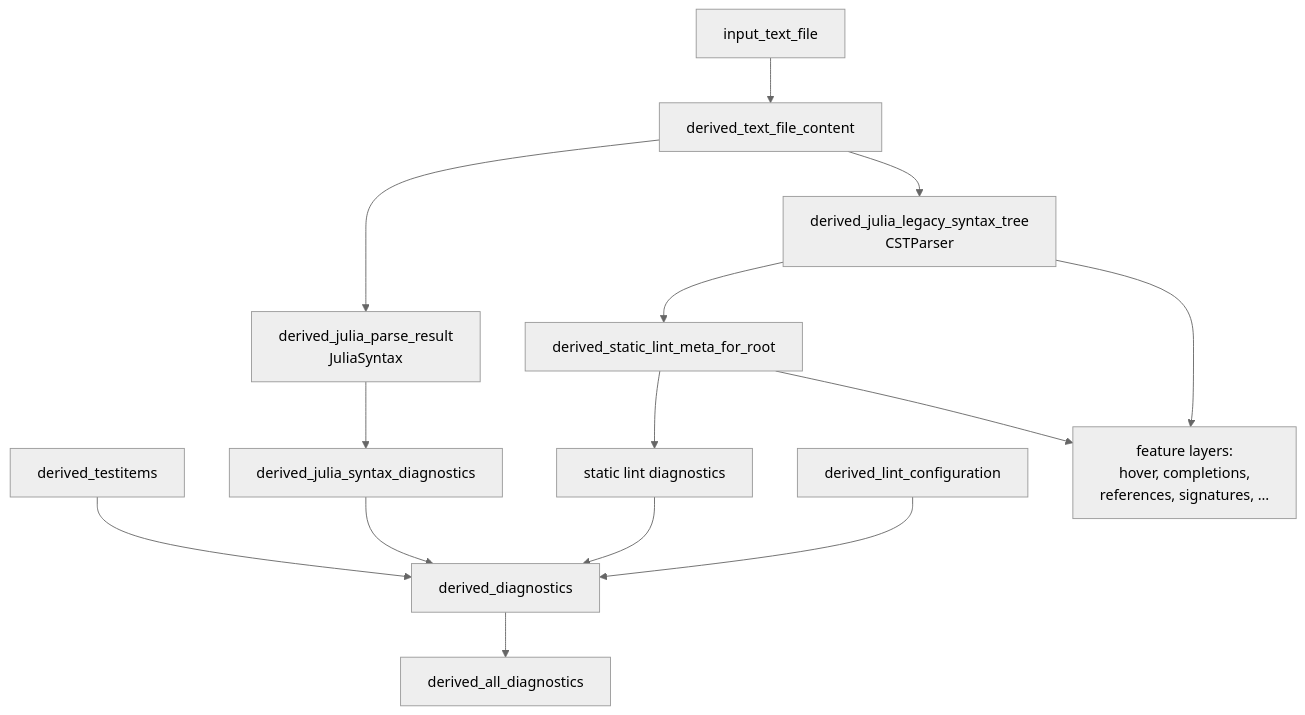
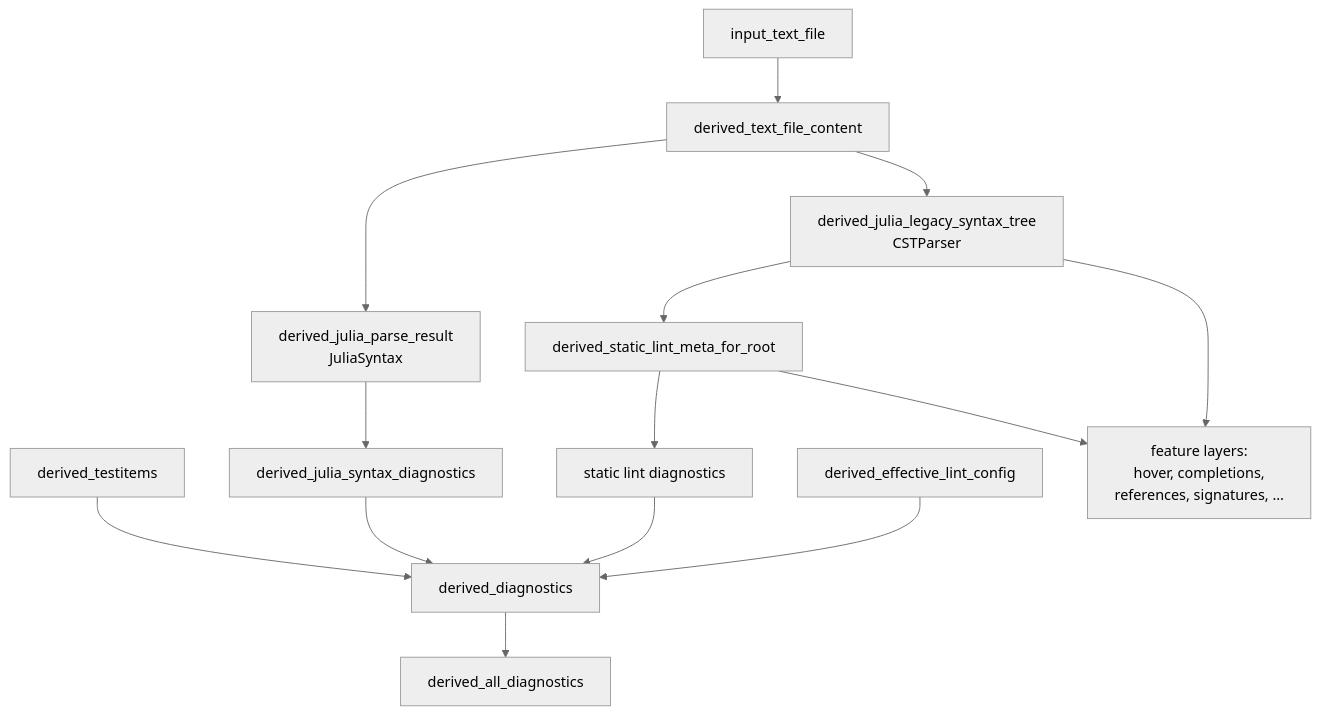
One commit to julia-vscode/JuliaWorkspaces.jl changed the second of 3 diagrams in docs/src/architecture.md. Above: the diagram before and after it, drawn with Mermaid (neutral theme). The commit also changed other lines of this file and 7 other files, not shown here.

````diff
--- a/docs/src/architecture.md
+++ b/docs/src/architecture.md
@@ -128,16 +128,16 @@
 ```mermaid
 graph TD
     A[input_text_file] --> B[derived_text_file_content]
     B --> C[derived_julia_parse_result<br/>JuliaSyntax]
     B --> E[derived_julia_legacy_syntax_tree<br/>CSTParser]
     C --> Csd[derived_julia_syntax_diagnostics]
     E --> F[derived_static_lint_meta_for_root]
     F --> G[static lint diagnostics]
     H[derived_testitems] --> J[derived_diagnostics]
     Csd --> J
     G --> J
-    K[derived_lint_configuration] --> J
+    K[derived_effective_lint_config] --> J
     J --> L[derived_all_diagnostics]
     F --> Feat[feature layers:<br/>hover, completions,<br/>references, signatures, …]
     E --> Feat
 ```
````
